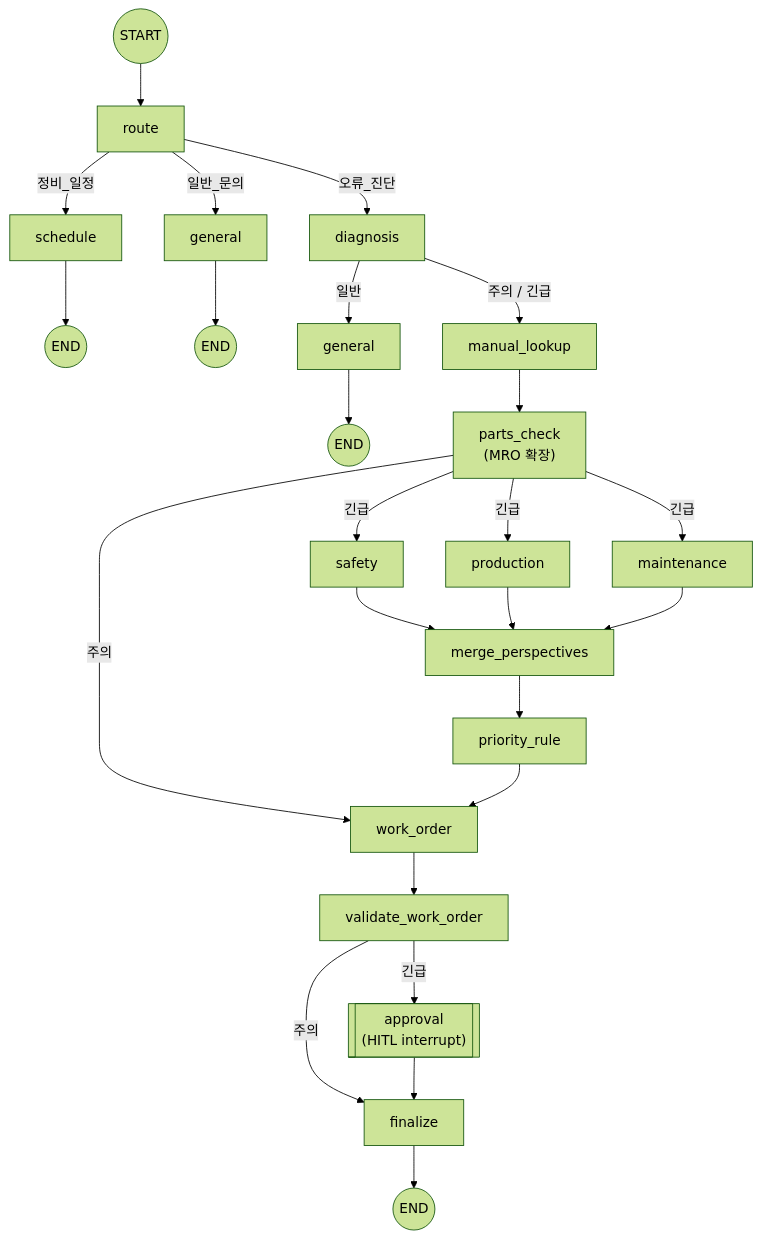
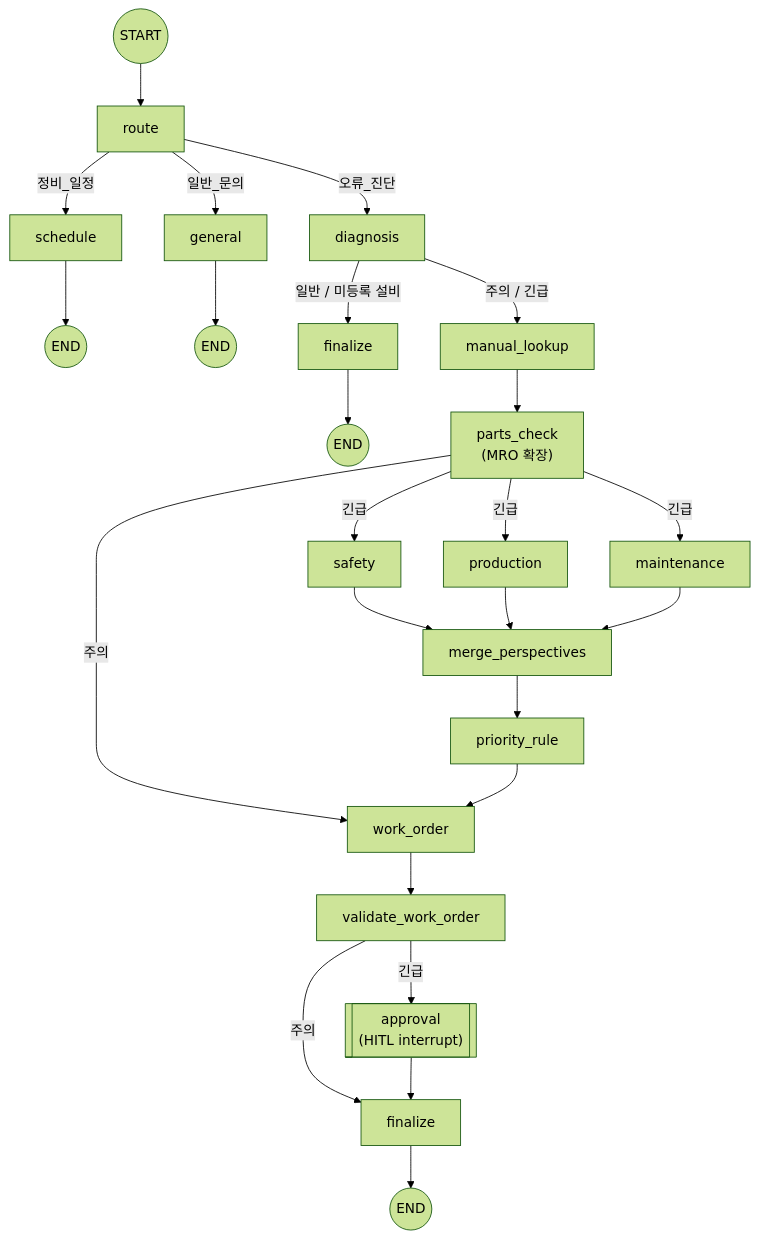
Before and after one commit to surplus96/uptime-copilot: the second of 3 diagrams in docs/PORTFOLIO_KOR.md, drawn with Mermaid (forest theme). The commit also changed other lines of this file and 6 other files, not shown here.

````diff
--- a/docs/PORTFOLIO_KOR.md
+++ b/docs/PORTFOLIO_KOR.md
@@ -89,24 +92,24 @@
 ```mermaid
 flowchart TD
     START(("START")) --> route["route"]
     route -- "오류_진단" --> diagnosis["diagnosis"]
     route -- "정비_일정" --> schedule["schedule"] --> ENDs(("END"))
     route -- "일반_문의" --> general["general"] --> ENDg(("END"))
-    diagnosis -- "일반" --> general2["general"] --> ENDg2(("END"))
+    diagnosis -- "일반 / 미등록 설비" --> finalize0["finalize"] --> ENDg2(("END"))
     diagnosis -- "주의 / 긴급" --> manual["manual_lookup"]
     manual --> parts["parts_check<br/>(MRO 확장)"]
     parts -- "주의" --> wo["work_order"]
     parts -- "긴급" --> safety["safety"]
     parts -- "긴급" --> production["production"]
     parts -- "긴급" --> maintenance["maintenance"]
     safety --> merge["merge_perspectives"]
     production --> merge
     maintenance --> merge
     merge --> priority["priority_rule"]
     priority --> wo
     wo --> validate["validate_work_order"]
     validate -- "긴급" --> approval[["approval\n(HITL interrupt)"]]
     validate -- "주의" --> finalize["finalize"]
     approval --> finalize
     finalize --> ENDf(("END"))
 ```
````
